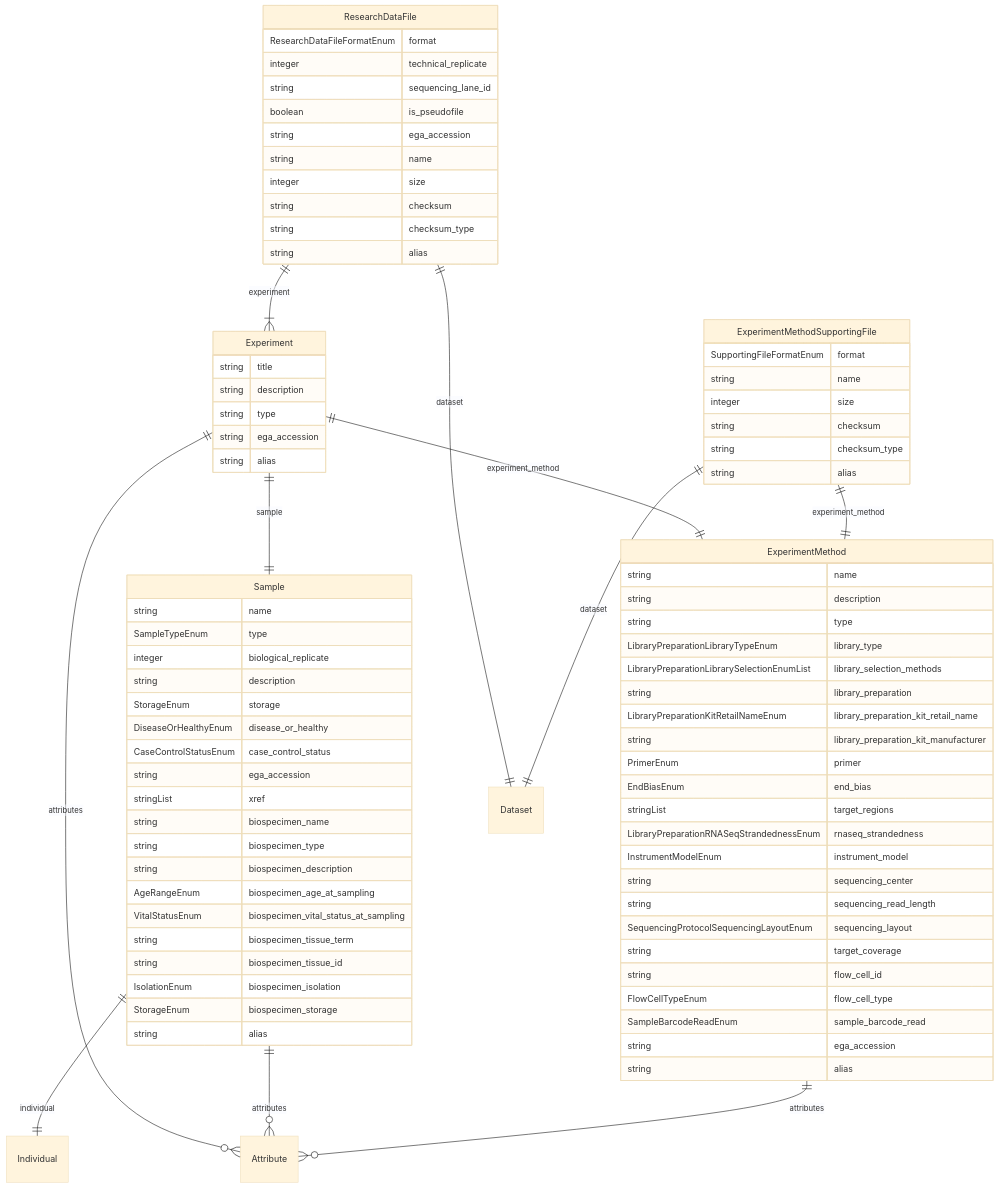
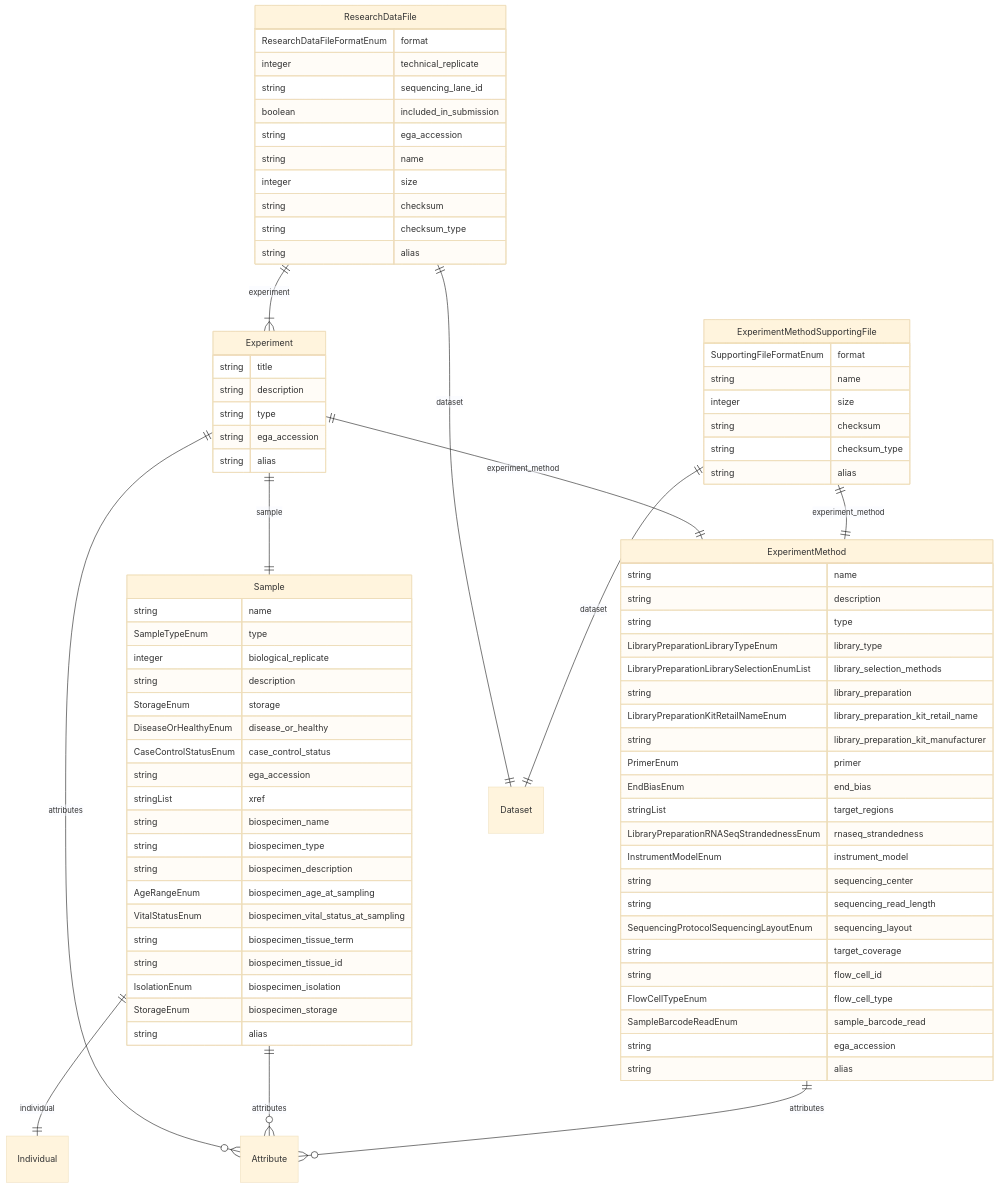
The fifth of 5 diagrams in docs/entity_relations.md (ghga-de/ghga-metadata-schema), drawn with Mermaid (base theme) before and after one commit. The commit also changed other lines of this file and 22 other files, not shown here.

```diff
--- a/docs/entity_relations.md
+++ b/docs/entity_relations.md
@@ -251,7 +251,7 @@
     ResearchDataFileFormatEnum format  
     integer technical_replicate  
     string sequencing_lane_id  
-    boolean is_pseudofile  
+    boolean included_in_submission  
     string ega_accession  
     string name  
     integer size  
```
